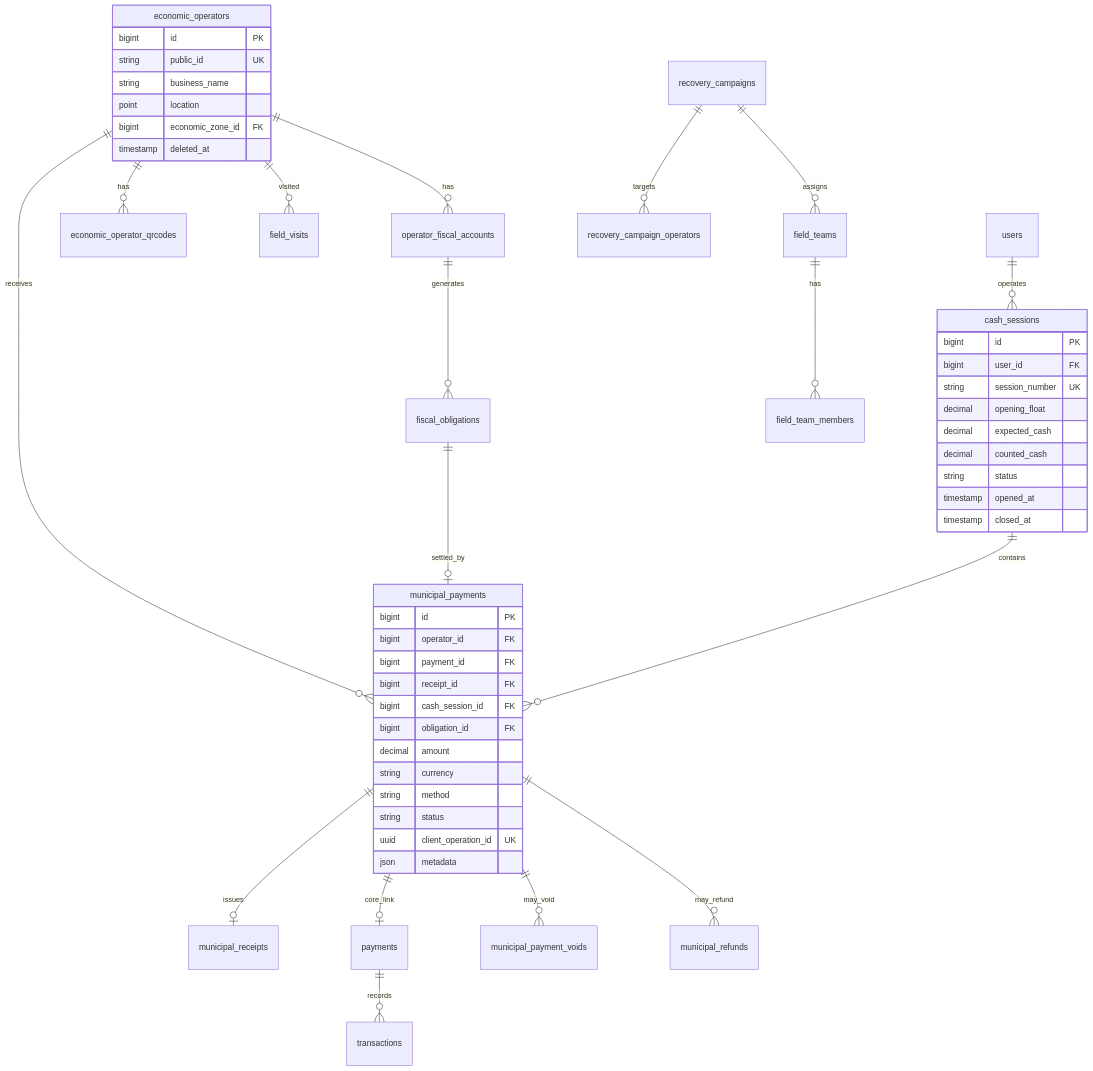
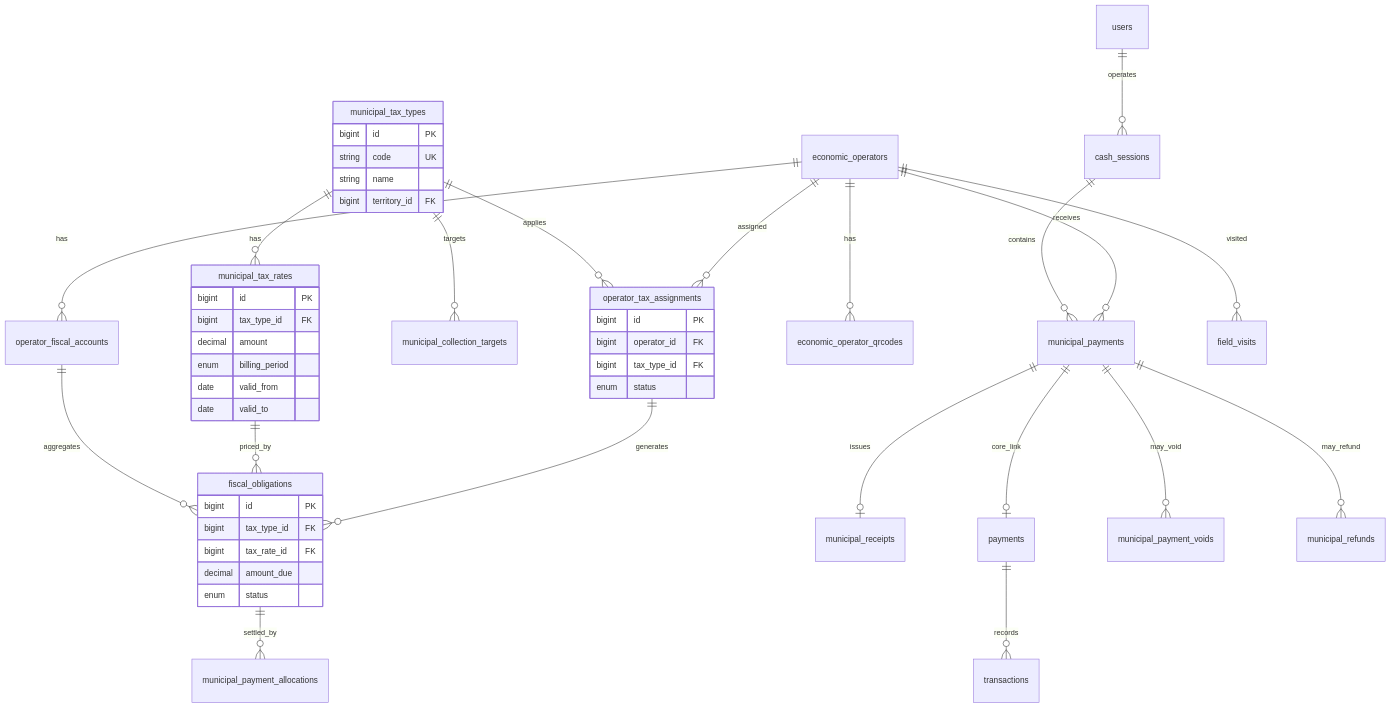
The diagram in docs/municipality-v3/02_MODELE_DONNEES.md (akieni2/mami.ga), drawn with Mermaid before and after one commit. The commit also changed other lines of this file and 63 other files, not shown here.

````diff
--- a/docs/municipality-v3/02_MODELE_DONNEES.md
+++ b/docs/municipality-v3/02_MODELE_DONNEES.md
@@ -5,60 +5,58 @@
 ```mermaid
 erDiagram
+    economic_operators ||--o{ operator_tax_assignments : assigned
+    municipal_tax_types ||--o{ municipal_tax_rates : has
+    municipal_tax_types ||--o{ operator_tax_assignments : applies
+    municipal_tax_types ||--o{ municipal_collection_targets : targets
+    operator_tax_assignments ||--o{ fiscal_obligations : generates
+    municipal_tax_rates ||--o{ fiscal_obligations : priced_by
+
     economic_operators ||--o{ operator_fiscal_accounts : has
     economic_operators ||--o{ economic_operator_qrcodes : has
     economic_operators ||--o{ municipal_payments : receives
     economic_operators ||--o{ field_visits : visited
 
-    operator_fiscal_accounts ||--o{ fiscal_obligations : generates
-    fiscal_obligations ||--o| municipal_payments : settled_by
+    operator_fiscal_accounts ||--o{ fiscal_obligations : aggregates
+    fiscal_obligations ||--o{ municipal_payment_allocations : settled_by
 
     cash_sessions ||--o{ municipal_payments : contains
     users ||--o{ cash_sessions : operates
 
     municipal_payments ||--o| municipal_receipts : issues
     municipal_payments ||--o| payments : core_link
     municipal_payments ||--o{ municipal_payment_voids : may_void
     municipal_payments ||--o{ municipal_refunds : may_refund
 
     payments ||--o{ transactions : records
 
-    recovery_campaigns ||--o{ recovery_campaign_operators : targets
-    recovery_campaigns ||--o{ field_teams : assigns
-    field_teams ||--o{ field_team_members : has
-
-    economic_operators {
+    municipal_tax_types {
         bigint id PK
-        string public_id UK
-        string business_name
-        point location
-        bigint economic_zone_id FK
-        timestamp deleted_at
+        string code UK
+        string name
+        bigint territory_id FK
     }
 
-    municipal_payments {
+    municipal_tax_rates {
+        bigint id PK
+        bigint tax_type_id FK
+        decimal amount
+        enum billing_period
+        date valid_from
+        date valid_to
+    }
+
+    operator_tax_assignments {
         bigint id PK
         bigint operator_id FK
-        bigint payment_id FK
-        bigint receipt_id FK
-        bigint cash_session_id FK
-        bigint obligation_id FK
-        decimal amount
-        string currency
-        string method
-        string status
-        uuid client_operation_id UK
-        json metadata
+        bigint tax_type_id FK
+        enum status
     }
 
-    cash_sessions {
+    fiscal_obligations {
         bigint id PK
-        bigint user_id FK
-        string session_number UK
-        decimal opening_float
-        decimal expected_cash
-        decimal counted_cash
-        string status
-        timestamp opened_at
-        timestamp closed_at
+        bigint tax_type_id FK
+        bigint tax_rate_id FK
+        decimal amount_due
+        enum status
     }
 ```
````
